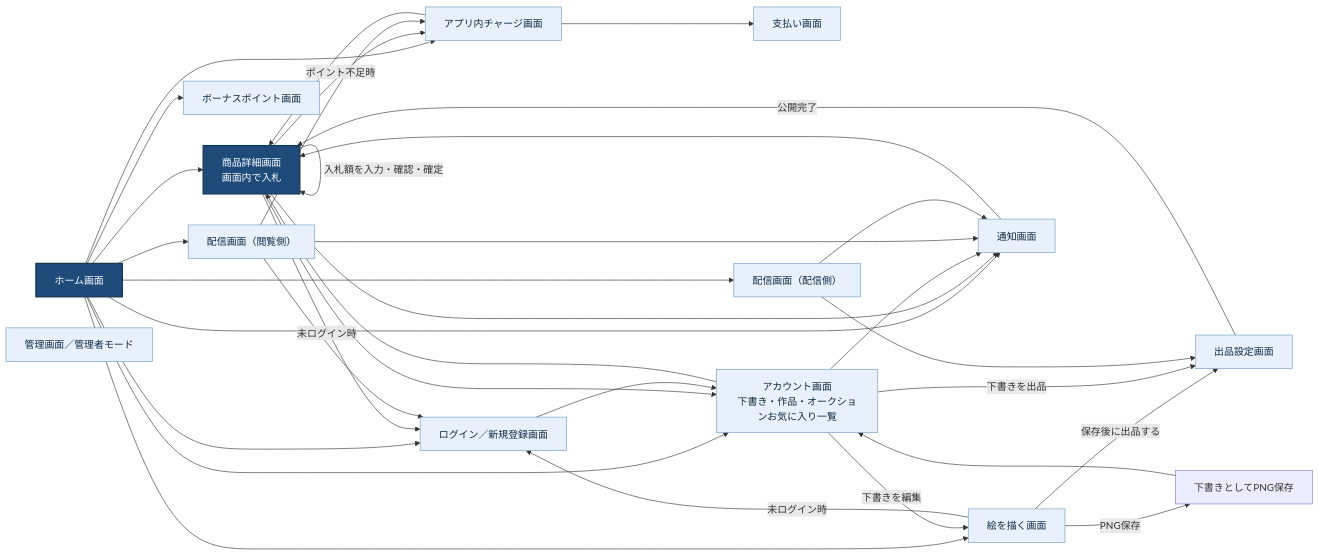
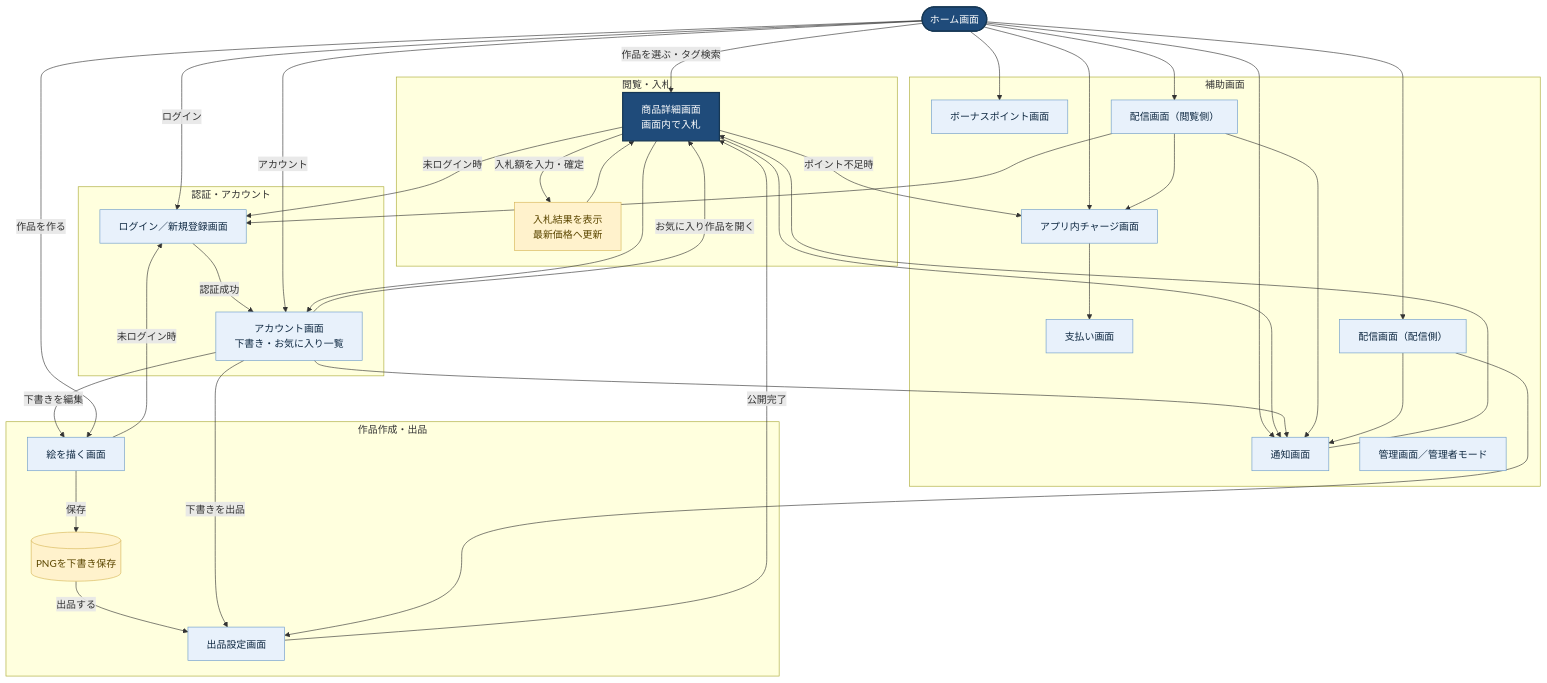
Before and after one commit to terrible0901/Hal-Hew-2026-teams: the diagram in 設計・要件/画面遷移図.md, drawn with Mermaid. The commit also changed 1 other file, not shown here.

Commit message:
ミスを修正

````diff
--- a/設計・要件/画面遷移図.md
+++ b/設計・要件/画面遷移図.md
@@ -5,64 +5,69 @@
 ```mermaid
-flowchart LR
-    home[ホーム画面]
-    detail[商品詳細画面<br/>画面内で入札]
-    draft[下書きとしてPNG保存]
-    payment[支払い画面]
-    draw[絵を描く画面]
-    listing[出品設定画面]
-    notice[通知画面]
-    login[ログイン／新規登録画面]
-    account[アカウント画面<br/>下書き・作品・オークションお気に入り一覧]
-    bonus[ボーナスポイント画面]
-    charge[アプリ内チャージ画面]
-    viewer[配信画面（閲覧側）]
-    streamer[配信画面（配信側）]
-    admin[管理画面／管理者モード]
+flowchart TB
+    home([ホーム画面])
 
-    home --> detail
-    home --> draw
+    subgraph browse[閲覧・入札]
+        detail[商品詳細画面<br/>画面内で入札]
+        bid_ok[入札結果を表示<br/>最新価格へ更新]
+        detail -->|入札額を入力・確定| bid_ok --> detail
+    end
+
+    subgraph create[作品作成・出品]
+        draw[絵を描く画面]
+        draft[(PNGを下書き保存)]
+        listing[出品設定画面]
+        draw -->|保存| draft
+        draft -->|出品する| listing
+        listing -->|公開完了| detail
+    end
+
+    subgraph member[認証・アカウント]
+        login[ログイン／新規登録画面]
+        account[アカウント画面<br/>下書き・お気に入り一覧]
+        login -->|認証成功| account
+        account -->|下書きを編集| draw
+        account -->|下書きを出品| listing
+        account -->|お気に入り作品を開く| detail
+    end
+
+    subgraph support[補助画面]
+        notice[通知画面]
+        charge[アプリ内チャージ画面]
+        payment[支払い画面]
+        bonus[ボーナスポイント画面]
+        viewer[配信画面（閲覧側）]
+        streamer[配信画面（配信側）]
+        admin[管理画面／管理者モード]
+        charge --> payment
+    end
+
+    home -->|作品を選ぶ・タグ検索| detail
+    home -->|作品を作る| draw
+    home -->|ログイン| login
+    home -->|アカウント| account
     home --> notice
-    home --> login
-    home --> account
+    home --> charge
     home --> bonus
-    home --> charge
     home --> viewer
     home --> streamer
 
     detail -->|未ログイン時| login
     detail -->|ポイント不足時| charge
     detail --> notice
     detail --> account
-    detail -->|入札額を入力・確認・確定| detail
-
-    draw -->|PNG保存| draft
-    draw -->|保存後に出品する| listing
     draw -->|未ログイン時| login
-    draft --> account
-
     notice --> detail
-
-    login --> account
-
-    account --> detail
-    account -->|下書きを編集| draw
-    account -->|下書きを出品| listing
     account --> notice
-
-    charge --> payment
-    charge --> detail
-
     viewer --> notice
     viewer --> login
     viewer --> charge
-
-    listing -->|公開完了| detail
-
     streamer --> listing
     streamer --> notice
 
     classDef primary fill:#1f4b7a,color:#fff,stroke:#163754,stroke-width:2px
-    classDef action fill:#e8f1fb,color:#102a43,stroke:#6c9bc9
+    classDef process fill:#e8f1fb,color:#102a43,stroke:#6c9bc9
+    classDef state fill:#fff2cc,color:#5c4700,stroke:#d6b656
     class home,detail primary
-    class payment,draw,listing,notice,login,account,bonus,charge,viewer,streamer,admin action
+    class draw,listing,login,account,notice,charge,payment,bonus,viewer,streamer,admin process
+    class draft,bid_ok state
 ```
````
